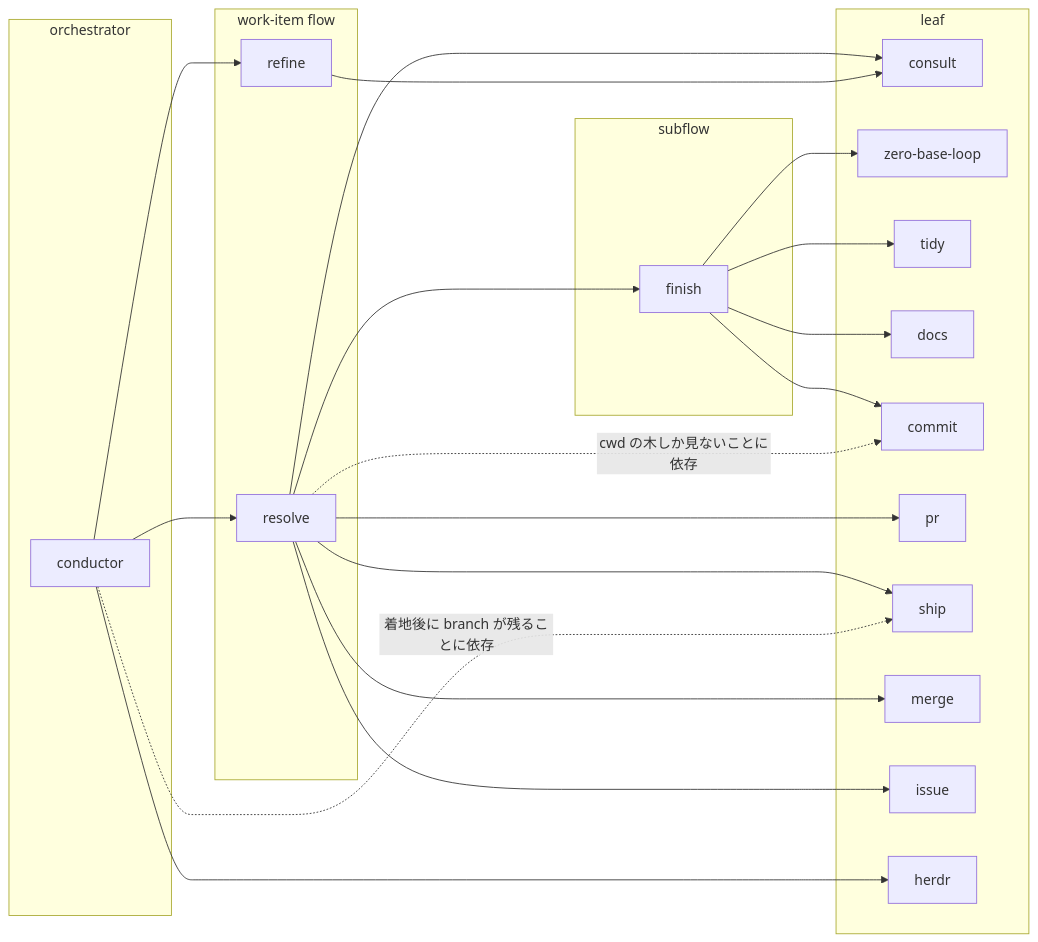
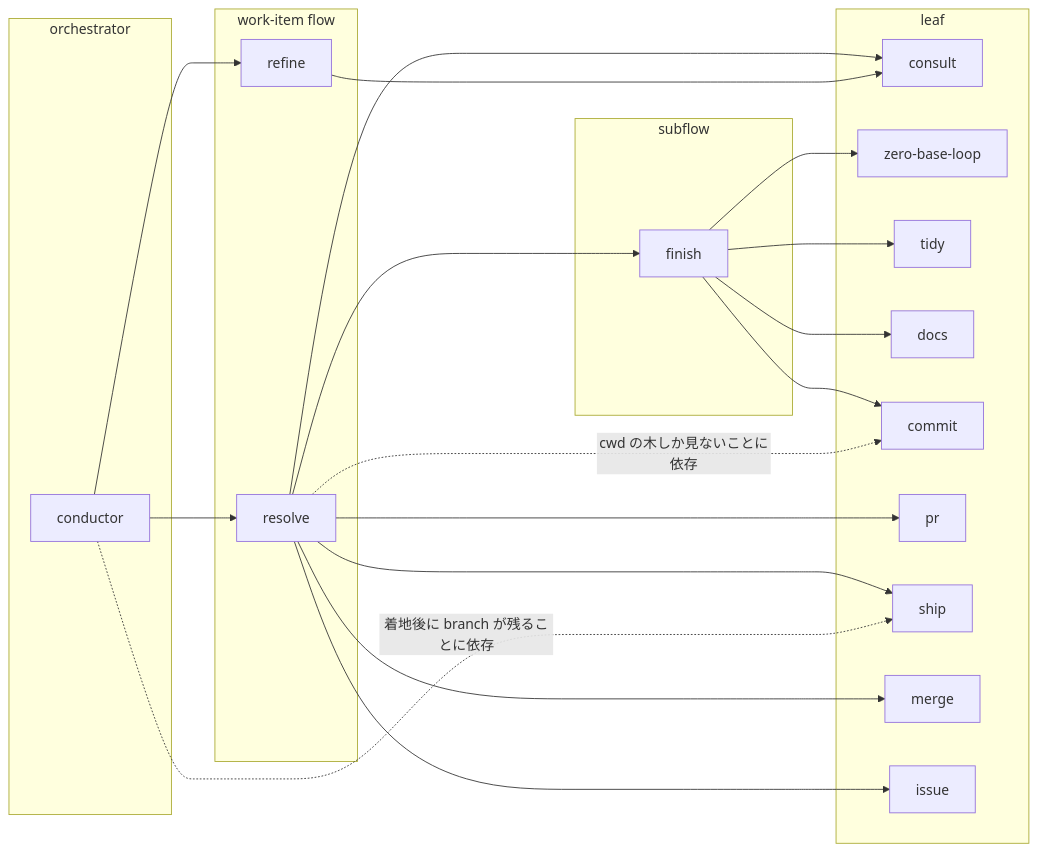
Before and after one commit to usagizmo/agentfiles: the first of 2 diagrams in agents/docs/structure.md, drawn with Mermaid. The commit also changed other lines of this file and 3 other files, not shown here.

````diff
--- a/agents/docs/structure.md
+++ b/agents/docs/structure.md
@@ -25,42 +25,40 @@
 ```mermaid
 flowchart LR
     subgraph orch[orchestrator]
         CO[conductor]
     end
     subgraph flow["work-item flow"]
         RF[refine]
         RS[resolve]
     end
     subgraph sub[subflow]
         FI[finish]
     end
     subgraph leaf[leaf]
         CS[consult]
         ZB[zero-base-loop]
         TD[tidy]
         DC[docs]
         CM[commit]
         PR[pr]
         SH[ship]
         ME[merge]
         IS[issue]
-        HD[herdr]
     end
 
     CO --> RF
     CO --> RS
-    CO --> HD
     CO -.->|着地後に branch が残ることに依存| SH
     RS -.->|cwd の木しか見ないことに依存| CM
     RF --> CS
     RS --> CS
     RS --> FI
     RS --> IS
     RS --> PR
     RS --> SH
     RS --> ME
     FI --> ZB
     FI --> TD
     FI --> DC
     FI --> CM
 ```
````
